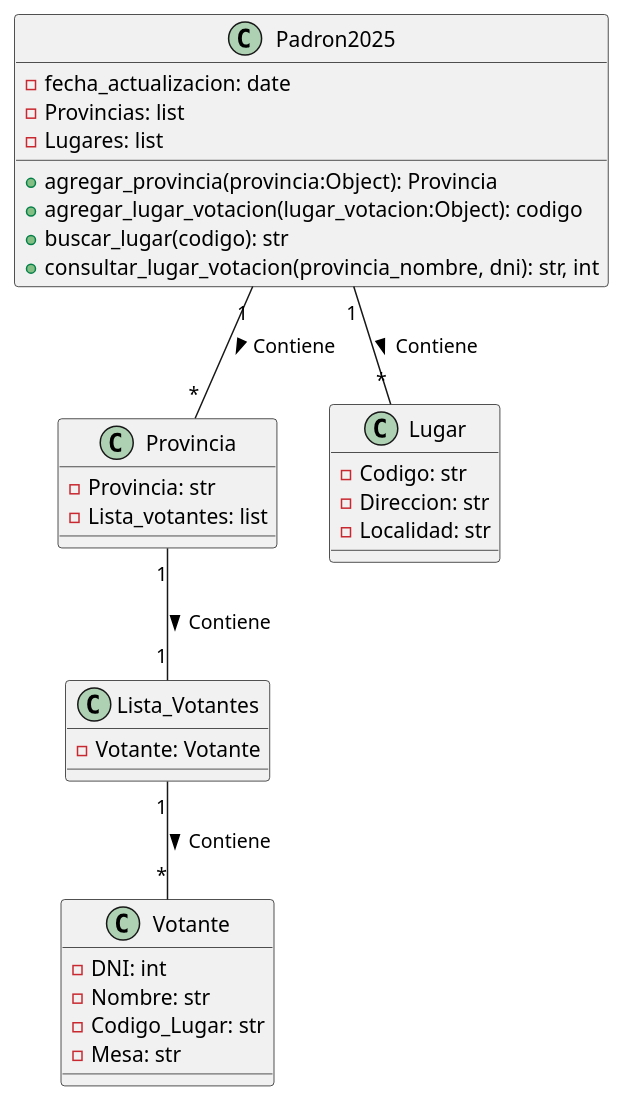
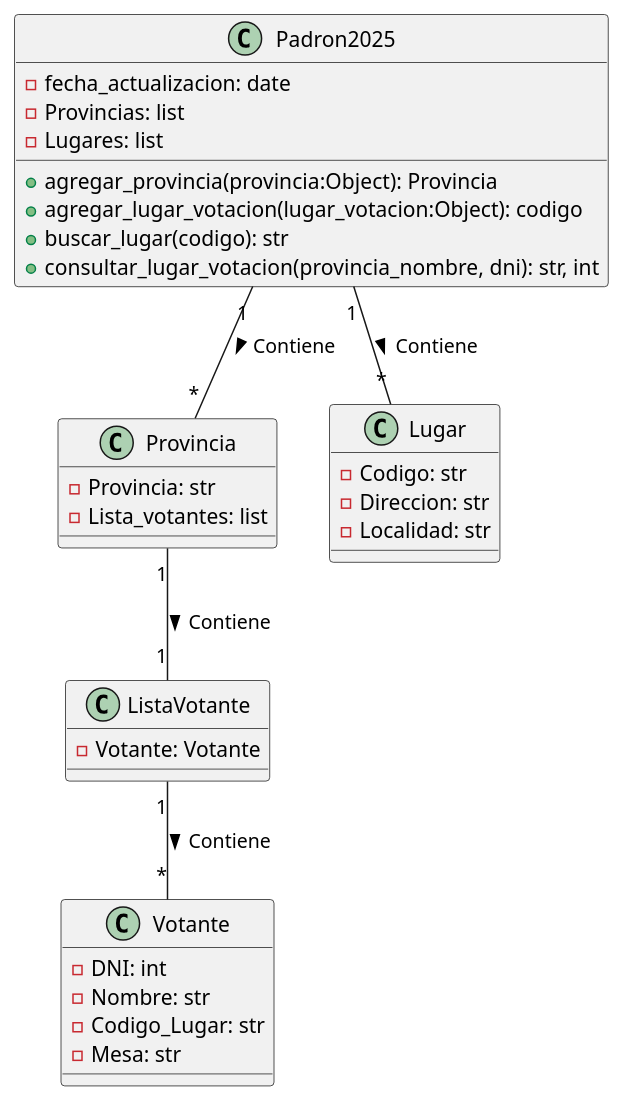
One commit to FreddyUnemi2025/Taller-1 changed the diagram in Ejercicio6/Modelo/modelo.puml. Above: the diagram before and after it, drawn with PlantUML. The commit also changed 25 other files, not shown here.

```diff
--- a/Ejercicio6/Modelo/modelo.puml
+++ b/Ejercicio6/Modelo/modelo.puml
@@ -1,40 +1,40 @@
 @startuml
 
 class Votante {
     - DNI: int
     - Nombre: str
     - Codigo_Lugar: str
     - Mesa: str
 }
 
 class Provincia {
     - Provincia: str
     - Lista_votantes: list
 }
 
 class Lugar {
     - Codigo: str
     - Direccion: str 
     - Localidad: str
 }
 
-class Lista_Votantes {
+class ListaVotante {
     - Votante: Votante
 }
 
 class Padron2025 {
     - fecha_actualizacion: date
     - Provincias: list
     - Lugares: list
     + agregar_provincia(provincia:Object): Provincia
     + agregar_lugar_votacion(lugar_votacion:Object): codigo
     + buscar_lugar(codigo): str
     + consultar_lugar_votacion(provincia_nombre, dni): str, int
 }
 
 Padron2025 "1" -- "*" Lugar : Contiene >
 Padron2025 "1" -- "*" Provincia : Contiene >
-Provincia "1" -- "1" Lista_Votantes: Contiene >
-Lista_Votantes "1" -- "*" Votante: Contiene >
+Provincia "1" -- "1" ListaVotante: Contiene >
+ListaVotante "1" -- "*" Votante: Contiene >
 
 @enduml
```
